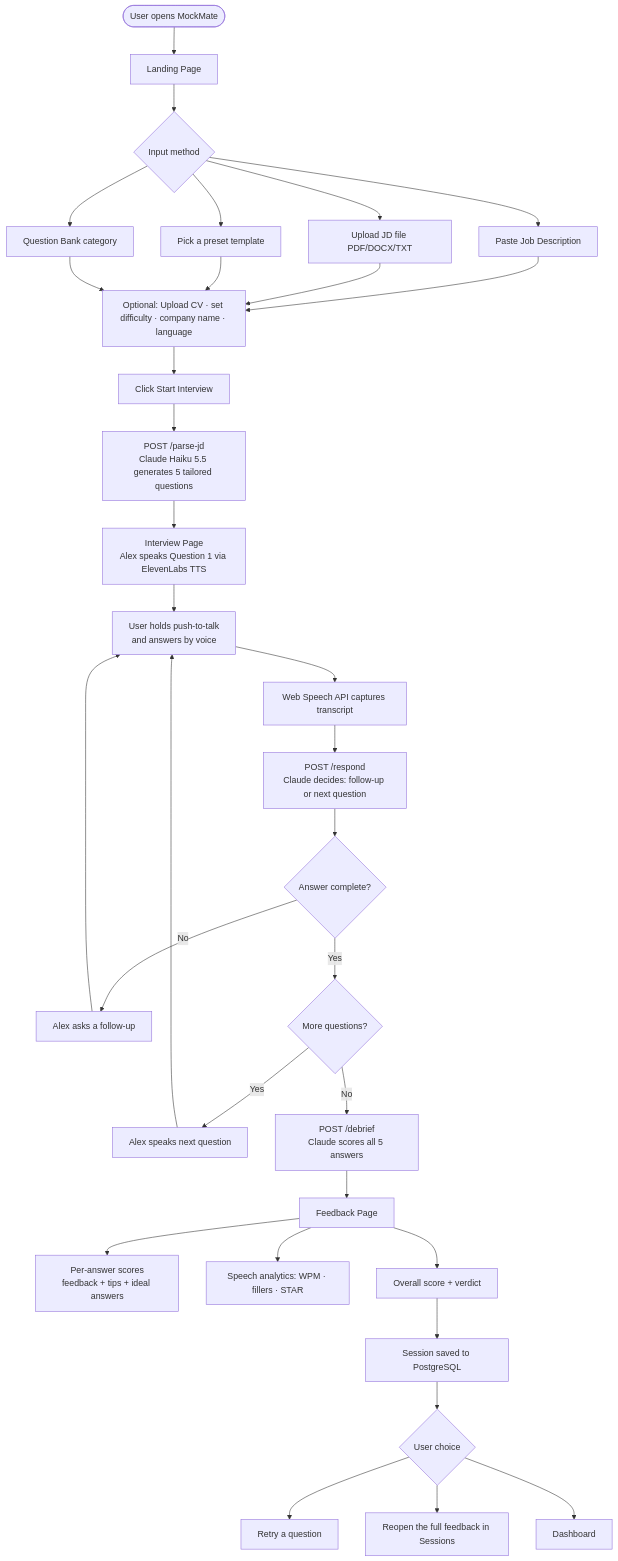
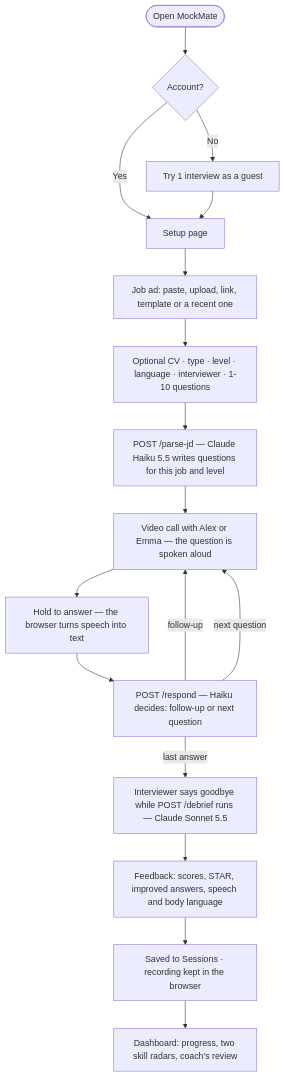
Before and after one commit to VolodymyrSalenko/MockMate: the diagram in README.md, drawn with Mermaid. The commit also changed other lines of this file and 22 other files, not shown here.

````diff
--- a/README.md
+++ b/README.md
@@ -11,40 +11,22 @@
 ```mermaid
 flowchart TD
-    A([User opens MockMate]) --> B[Landing Page]
+    A([Open MockMate]) --> B{Account?}
+    B -- No --> B1[Try 1 interview as a guest]
+    B -- Yes --> C[Setup page]
+    B1 --> C
 
-    B --> C{Input method}
-    C --> D[Paste Job Description]
-    C --> E[Upload JD file PDF/DOCX/TXT]
-    C --> F[Pick a preset template]
-    C --> G[Question Bank category]
+    C --> D[Job ad: paste, upload, link, template or a recent one]
+    D --> E[Optional CV · type · level · language · interviewer · 1-10 questions]
+    E --> F[POST /parse-jd — Claude Haiku 5.5 writes questions for this job and level]
 
-    D & E & F & G --> H[Optional: Upload CV · set difficulty · company name · language]
-    H --> I[Click Start Interview]
+    F --> G[Video call with Alex or Emma — the question is spoken aloud]
+    G --> H[Hold to answer — the browser turns speech into text]
+    H --> I[POST /respond — Haiku decides: follow-up or next question]
+    I -- follow-up --> G
+    I -- next question --> G
+    I -- last answer --> J[Interviewer says goodbye while POST /debrief runs — Claude Sonnet 5.5]
 
-    I --> J[POST /parse-jd\nClaude Haiku 5.5 generates 5 tailored questions]
-
-    J --> K[Interview Page\nAlex speaks Question 1 via ElevenLabs TTS]
-
-    K --> L[User holds push-to-talk\nand answers by voice]
-    L --> M[Web Speech API captures transcript]
-    M --> N[POST /respond\nClaude decides: follow-up or next question]
-
-    N --> O{Answer complete?}
-    O -- No --> P[Alex asks a follow-up]
-    P --> L
-    O -- Yes --> Q{More questions?}
-    Q -- Yes --> R[Alex speaks next question]
-    R --> L
-    Q -- No --> S[POST /debrief\nClaude scores all 5 answers]
-
-    S --> T[Feedback Page]
-    T --> U[Per-answer scores\nfeedback + tips + ideal answers]
-    T --> V[Speech analytics: WPM · fillers · STAR]
-    T --> W[Overall score + verdict]
-
-    W --> X[Session saved to PostgreSQL]
-    X --> Y{User choice}
-    Y --> Z[Retry a question]
-    Y --> AA[Reopen the full feedback in Sessions]
-    Y --> AB[Dashboard]
+    J --> K[Feedback: scores, STAR, improved answers, speech and body language]
+    K --> L[Saved to Sessions · recording kept in the browser]
+    L --> M[Dashboard: progress, two skill radars, coach's review]
 ```
````
